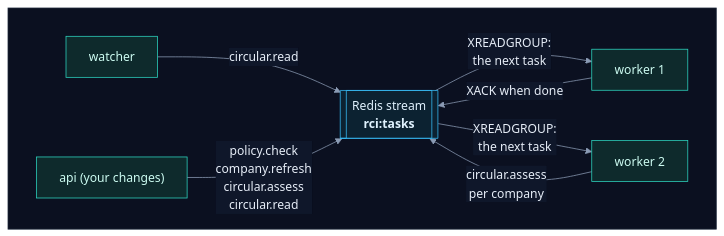
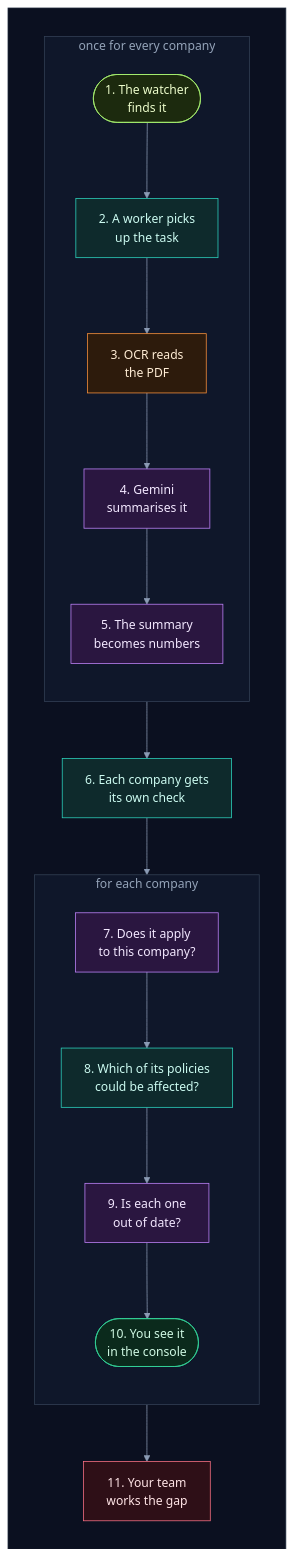
The fifth of 52 diagrams in how_it_works.md (selvakumarperumal/Regulatory_Circular_Impact_Agent), drawn with Mermaid before and after one commit. The commit also changed other lines of this file and 3 other files, not shown here.

First line of the commit message:
Rewrite how_it_works.md in plain words, a diagram per step

````diff
--- a/how_it_works.md
+++ b/how_it_works.md
@@ -222,26 +331,42 @@
 ```mermaid
 %%{init: {"theme": "base", "flowchart": {"diagramPadding": 0}, "themeVariables": {"darkMode": true, "primaryColor": "#16213a", "primaryTextColor": "#e6edf7", "primaryBorderColor": "#475a7a", "lineColor": "#8b9bb4", "secondaryColor": "#1b2436", "tertiaryColor": "#101a2e", "edgeLabelBackground": "#0f172a", "textColor": "#e2e8f0", "clusterBkg": "#0f1728", "clusterBorder": "#2b3a55", "titleColor": "#c4b5fd", "nodeTextColor": "#e6edf7"}}}%%
-flowchart LR
+flowchart TD
     subgraph canvas[" "]
-        direction LR
-        W["watcher"] -->|"circular.read"| Q[["Redis stream<br/><b>rci:tasks</b>"]]
-        A["api (your changes)"] -->|"policy.check<br/>company.refresh<br/>circular.assess<br/>circular.read"| Q
-        Q -->|"XREADGROUP:<br/>the next task"| K1["worker 1"]
-        Q -->|"XREADGROUP:<br/>the next task"| K2["worker 2"]
-        K1 -->|"XACK when done"| Q
-        K2 -->|"circular.assess<br/>per company"| Q
+        direction TB
+        subgraph once["once for every company"]
+            direction TB
+            s1(["1. The watcher<br/>finds it"]) --> s2["2. A worker picks<br/>up the task"]
+            s2 --> s3["3. OCR reads<br/>the PDF"]
+            s3 --> s4["4. Gemini<br/>summarises it"]
+            s4 --> s5["5. The summary<br/>becomes numbers"]
+        end
+        s5 --> s6["6. Each company gets<br/>its own check"]
+        subgraph each["for each company"]
+            direction TB
+            s7["7. Does it apply<br/>to this company?"] --> s8["8. Which of its policies<br/>could be affected?"]
+            s8 --> s9["9. Is each one<br/>out of date?"]
+            s9 --> s10(["10. You see it<br/>in the console"])
+        end
+        s6 --> s7
+        s10 --> s11["11. Your team<br/>works the gap"]
     end
     classDef svc fill:#0e2a2c,stroke:#2dd4bf,color:#ccfbf1
     classDef data fill:#1c1a47,stroke:#818cf8,color:#e0e7ff
     classDef ext fill:#2a1640,stroke:#c084fc,color:#f3e8ff
     classDef gpu fill:#2d1b0c,stroke:#fb923c,color:#ffedd5
     classDef ask fill:#2a2410,stroke:#fbbf24,color:#fef3c7
     classDef ok fill:#0b2a1c,stroke:#34d399,color:#d1fae5
     classDef bad fill:#2e0f17,stroke:#fb7185,color:#ffe4e6
     classDef start fill:#1c2a0e,stroke:#a7ef6f,color:#ecfccb
     classDef muted fill:#1a2130,stroke:#64748b,color:#cbd5e1
     classDef queue fill:#0c2231,stroke:#38bdf8,color:#e0f2fe
-    class W,A,K1,K2 svc
-    class Q queue
+    class s1 start
+    class s2,s6,s8 svc
+    class s3 gpu
+    class s4,s5,s7,s9 ext
+    class s10 ok
+    class s11 bad
+    style once fill:#0f172a,stroke:#334155,color:#94a3b8
+    style each fill:#0f172a,stroke:#334155,color:#94a3b8
     style canvas fill:#0b1020,stroke:#1e293b,color:#0b1020
 ```
````
